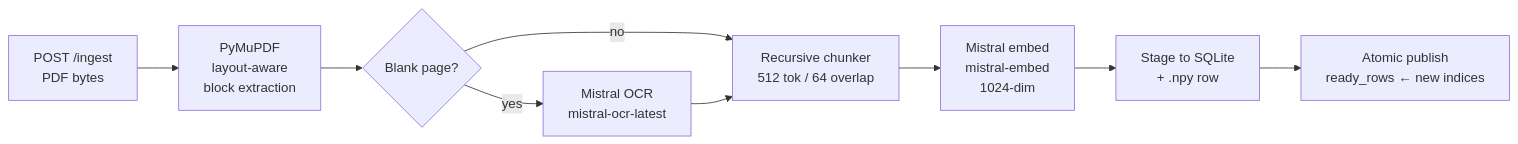
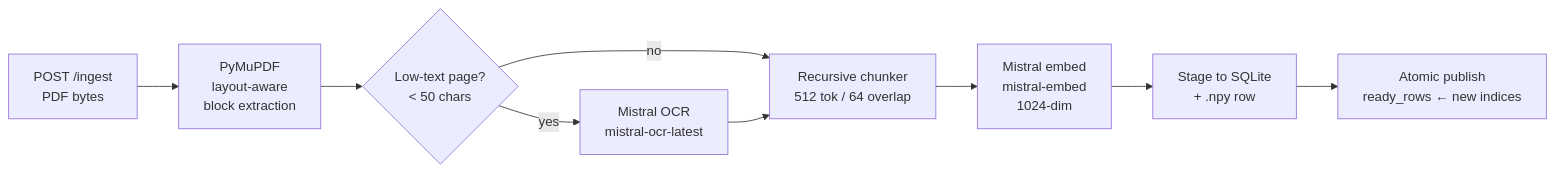
One commit to GiannisPana/StackAI changed the first of 2 diagrams in README.md. Above: the diagram before and after it, drawn with Mermaid. The commit also changed other lines of this file and 3 other files, not shown here.

````diff
--- a/README.md
+++ b/README.md
@@ -26,11 +26,11 @@
 ```mermaid
 flowchart LR
     Upload[POST /ingest\nPDF bytes] --> Parse[PyMuPDF\nlayout-aware\nblock extraction]
-    Parse --> OCR{Blank page?}
+    Parse --> OCR{Low-text page?\n< 50 chars}
     OCR -- yes --> MistralOCR[Mistral OCR\nmistral-ocr-latest]
     OCR -- no --> Chunk
     MistralOCR --> Chunk[Recursive chunker\n512 tok / 64 overlap]
     Chunk --> Embed[Mistral embed\nmistral-embed\n1024-dim]
     Embed --> Stage[Stage to SQLite\n+ .npy row]
     Stage --> Publish[Atomic publish\nready_rows ← new indices]
 ```
````
